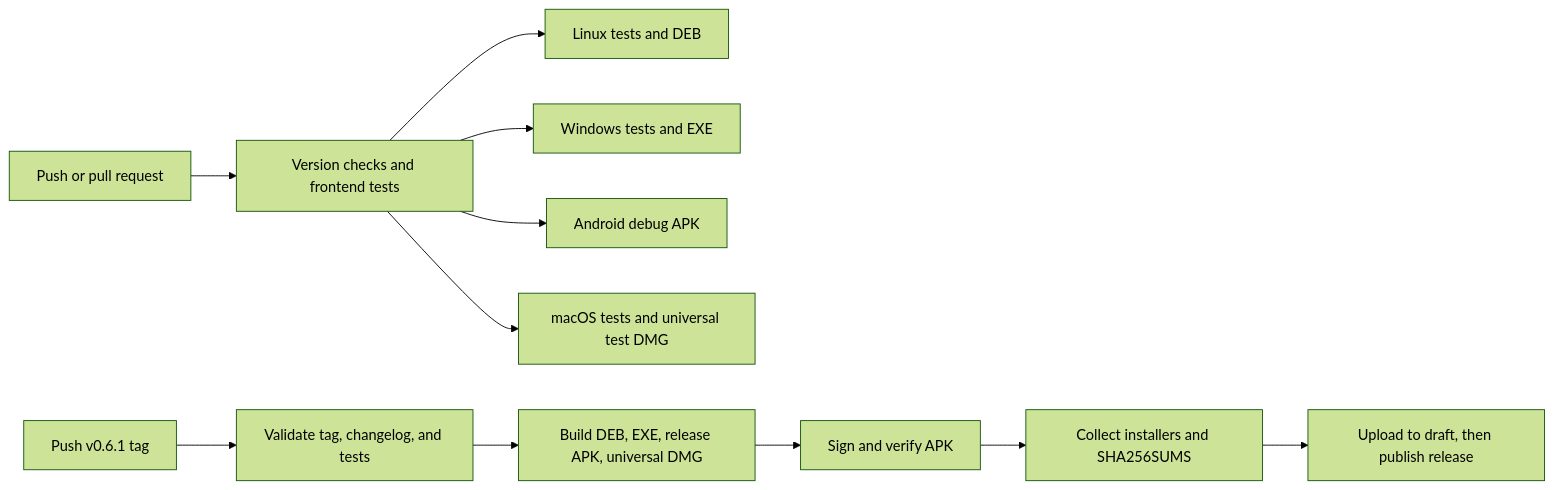
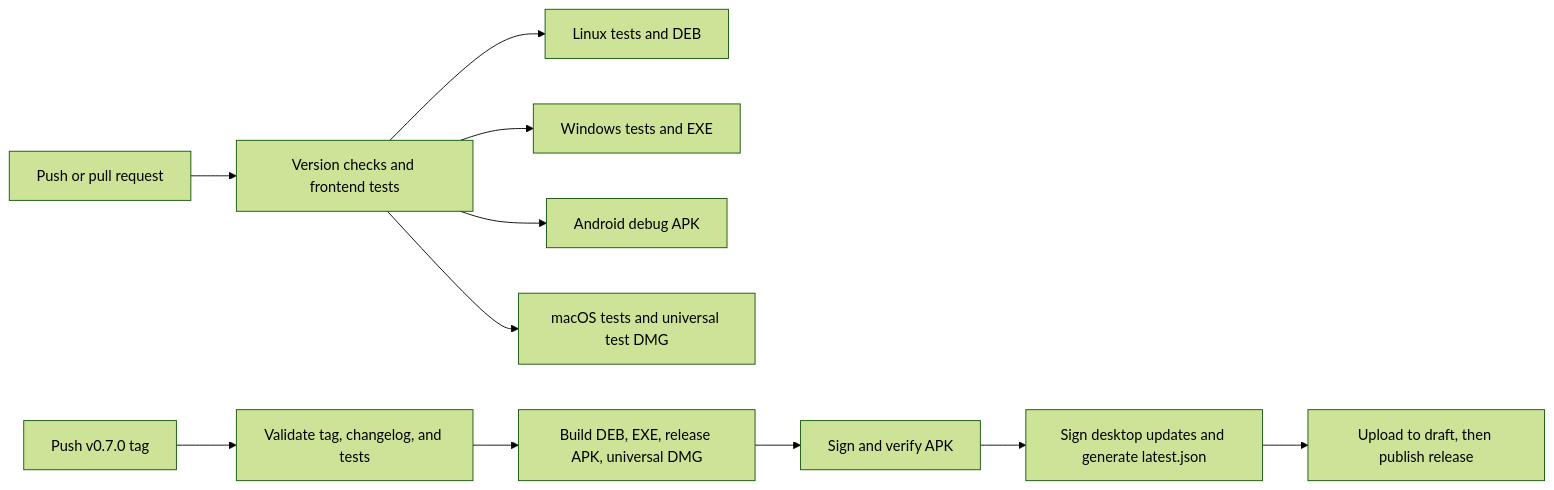
One commit to shahabbai/PulseDrop changed the diagram in docs/github-releases.md. Above: the diagram before and after it, drawn with Mermaid (forest theme). The commit also changed other lines of this file and 27 other files, not shown here.

````diff
--- a/docs/github-releases.md
+++ b/docs/github-releases.md
@@ -9,13 +7,13 @@
 ```mermaid
 flowchart LR
     A[Push or pull request] --> B[Version checks and frontend tests]
     B --> C[Linux tests and DEB]
     B --> D[Windows tests and EXE]
     B --> E[Android debug APK]
     B --> M[macOS tests and universal test DMG]
-    F[Push v0.6.1 tag] --> G[Validate tag, changelog, and tests]
+    F[Push v0.7.0 tag] --> G[Validate tag, changelog, and tests]
     G --> H[Build DEB, EXE, release APK, universal DMG]
     H --> I[Sign and verify APK]
-    I --> J[Collect installers and SHA256SUMS]
+    I --> J[Sign desktop updates and generate latest.json]
     J --> K[Upload to draft, then publish release]
 ```
````
